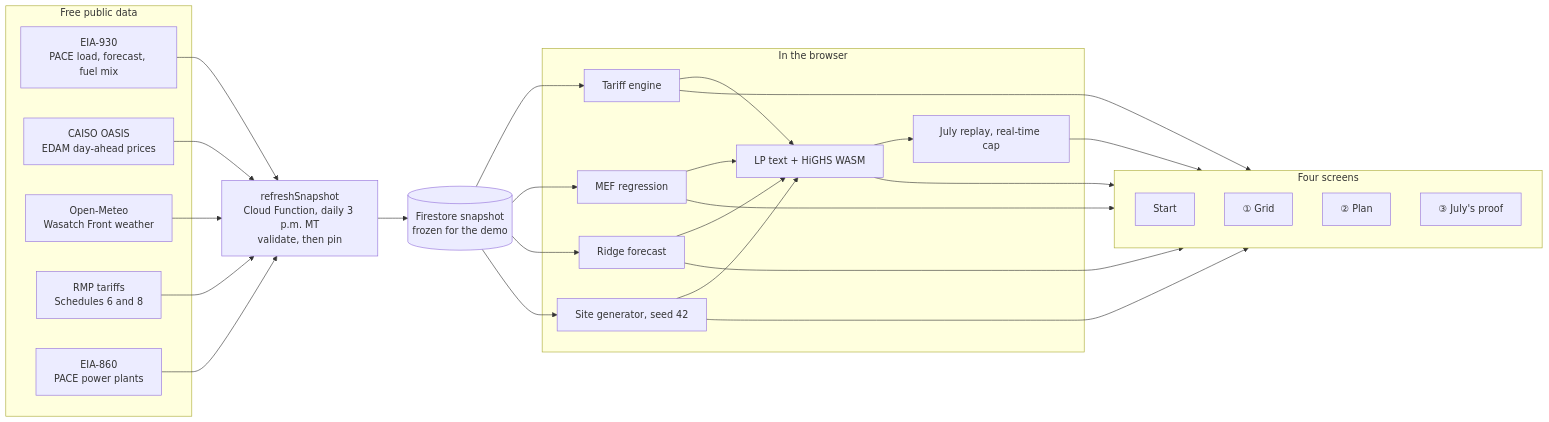
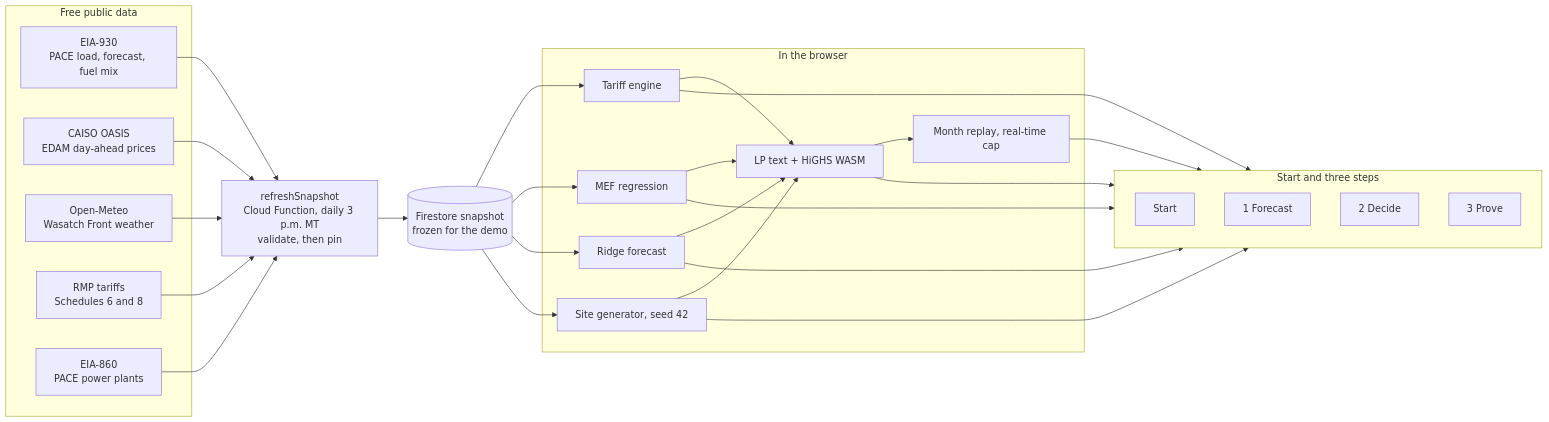
Before and after one commit to juanlizarazo/hard-tech-week-2026-torus: the diagram in README.md, drawn with Mermaid. The commit also changed other lines of this file and 68 other files, not shown here.

````diff
--- a/README.md
+++ b/README.md
@@ -41,36 +41,36 @@
 ```mermaid
 flowchart LR
   subgraph Sources["Free public data"]
     EIA930["EIA-930<br/>PACE load, forecast, fuel mix"]
     OASIS["CAISO OASIS<br/>EDAM day-ahead prices"]
     METEO["Open-Meteo<br/>Wasatch Front weather"]
     RMP["RMP tariffs<br/>Schedules 6 and 8"]
     EIA860["EIA-860<br/>PACE power plants"]
   end
   FN["refreshSnapshot<br/>Cloud Function, daily 3 p.m. MT<br/>validate, then pin"]
   FS[("Firestore snapshot<br/>frozen for the demo")]
   subgraph Browser["In the browser"]
     TARIFF["Tariff engine"]
     MEF["MEF regression"]
     RIDGE["Ridge forecast"]
     SITE["Site generator, seed 42"]
     LP["LP text + HiGHS WASM"]
-    REPLAY["July replay, real-time cap"]
+    REPLAY["Month replay, real-time cap"]
   end
-  subgraph Screens["Four screens"]
+  subgraph Screens["Start and three steps"]
     START["Start"]
-    GRID["① Grid"]
-    PLAN["② Plan"]
-    PROOF["③ July's proof"]
+    GRID["1 Forecast"]
+    PLAN["2 Decide"]
+    PROOF["3 Prove"]
   end
   EIA930 --> FN
   OASIS --> FN
   METEO --> FN
   RMP --> FN
   EIA860 --> FN
   FN --> FS
   FS --> TARIFF & MEF & RIDGE & SITE
   TARIFF & MEF & RIDGE & SITE --> LP
   LP --> REPLAY
   TARIFF & MEF & RIDGE & SITE & LP & REPLAY --> Screens
 ```
````
